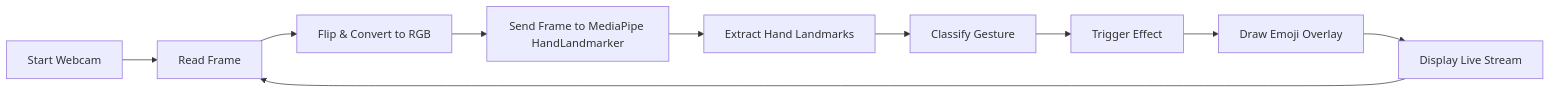
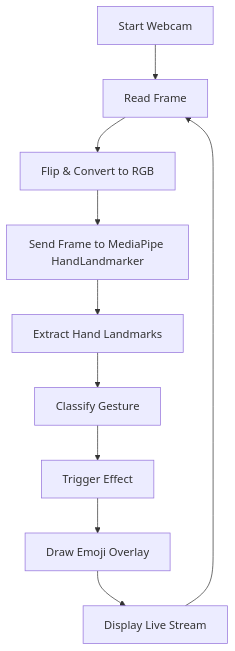
The diagram in readme.md (Wissem-Sahli-Engineer/Apple-FaceTime-Emojis-CV), drawn with Mermaid before and after one commit.

````diff
--- a/readme.md
+++ b/readme.md
@@ -22,12 +22,12 @@
 ```mermaid
-flowchart LR
+graph TD
     A[Start Webcam] --> B[Read Frame]
     B --> C[Flip & Convert to RGB]
     C --> D[Send Frame to MediaPipe HandLandmarker]
     D --> E[Extract Hand Landmarks]
     E --> F[Classify Gesture]
     F --> G[Trigger Effect]
     G --> H[Draw Emoji Overlay]
     H --> I[Display Live Stream]
     I --> B
 ```
````
